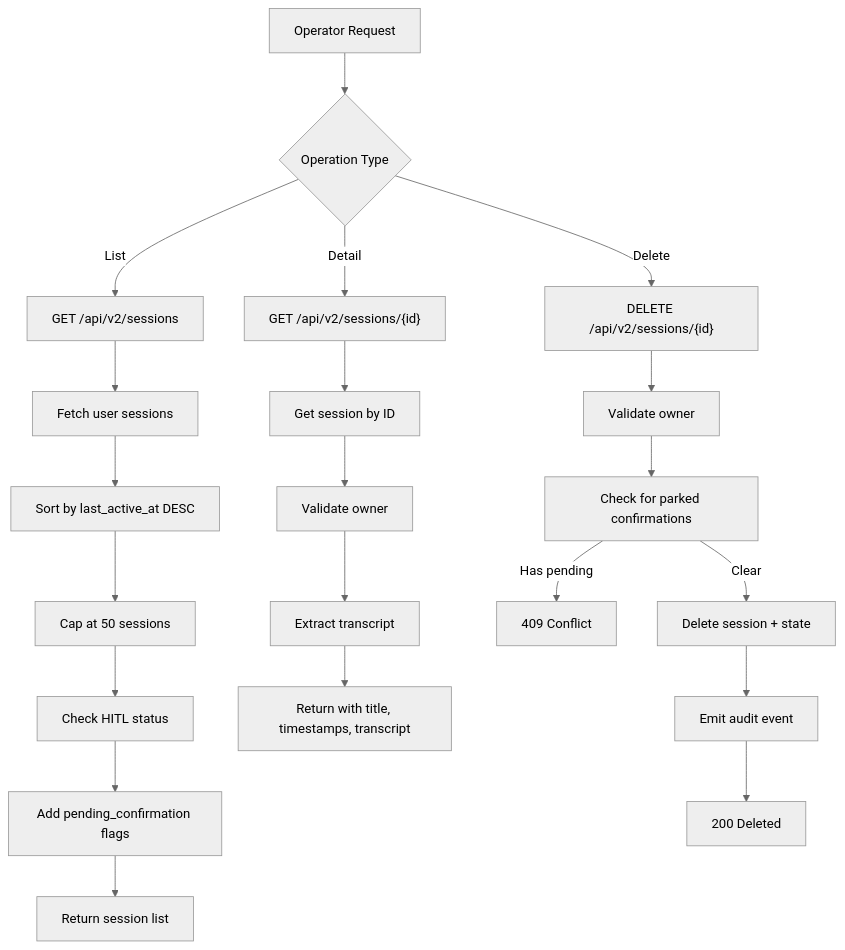
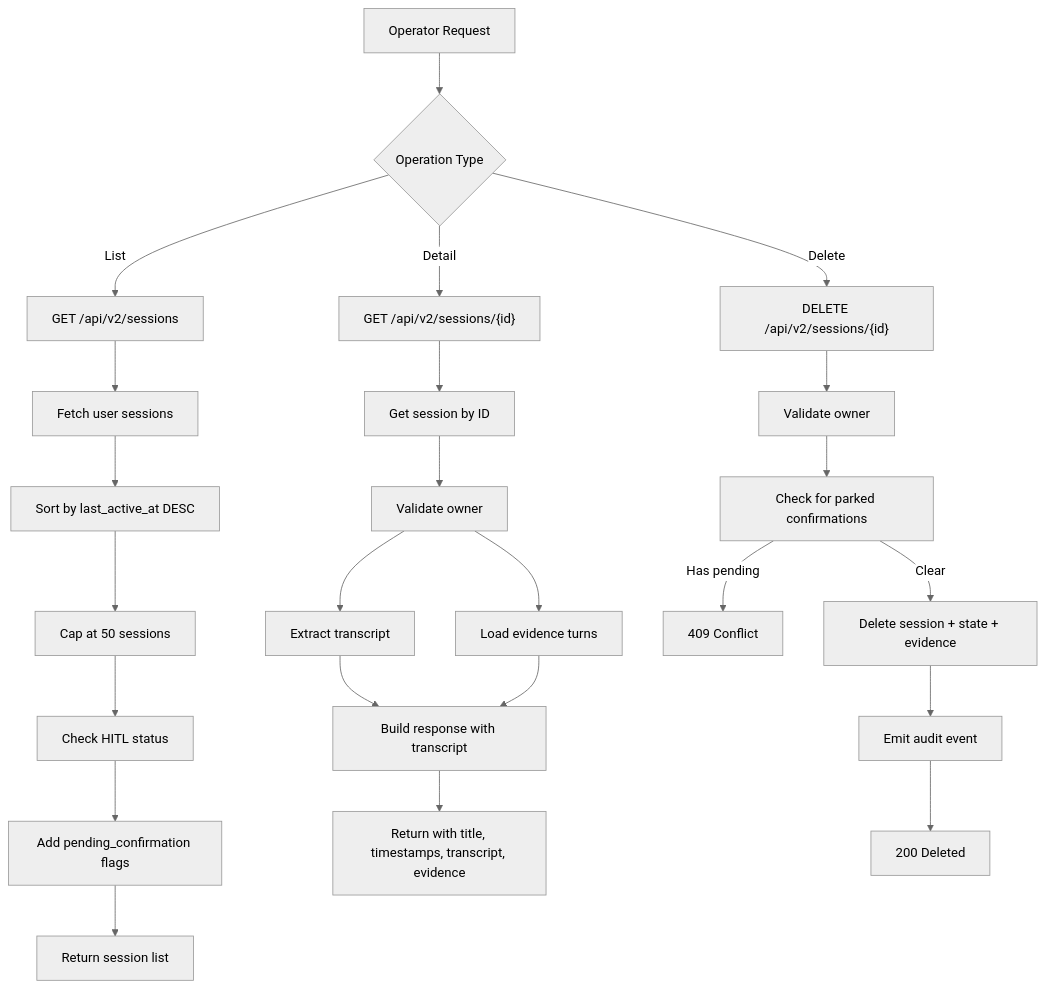
Before and after one commit to metasync/luban-aiops: the tenth of 21 diagrams in .qoder/repowiki/en/content/Agent Platform Service/Agent Platform Service.md, drawn with Mermaid (neutral theme). The commit also changed other lines of this file and 8 other files, not shown here.

````diff
--- a/.qoder/repowiki/en/content/Agent Platform Service/Agent Platform Service.md
+++ b/.qoder/repowiki/en/content/Agent Platform Service/Agent Platform Service.md
@@ -657,23 +698,26 @@
 ```mermaid
 flowchart TD
 A["Operator Request"] --> B{"Operation Type"}
 B --> |List| C["GET /api/v2/sessions"]
 B --> |Detail| D["GET /api/v2/sessions/{id}"]
 B --> |Delete| E["DELETE /api/v2/sessions/{id}"]
 C --> F["Fetch user sessions"]
 F --> G["Sort by last_active_at DESC"]
 G --> H["Cap at 50 sessions"]
 H --> I["Check HITL status"]
 I --> J["Add pending_confirmation flags"]
 J --> K["Return session list"]
 D --> L["Get session by ID"]
 L --> M["Validate owner"]
 M --> N["Extract transcript"]
-N --> O["Return with title, timestamps, transcript"]
-E --> P["Validate owner"]
-P --> Q["Check for parked confirmations"]
-Q --> |Has pending| R["409 Conflict"]
-Q --> |Clear| S["Delete session + state"]
-S --> T["Emit audit event"]
-T --> U["200 Deleted"]
+M --> O["Load evidence turns"]
+N --> P["Build response with transcript"]
+O --> P
+P --> Q["Return with title, timestamps, transcript, evidence"]
+E --> R["Validate owner"]
+R --> S["Check for parked confirmations"]
+S --> |Has pending| T["409 Conflict"]
+S --> |Clear| U["Delete session + state + evidence"]
+U --> V["Emit audit event"]
+V --> W["200 Deleted"]
 ```
````
